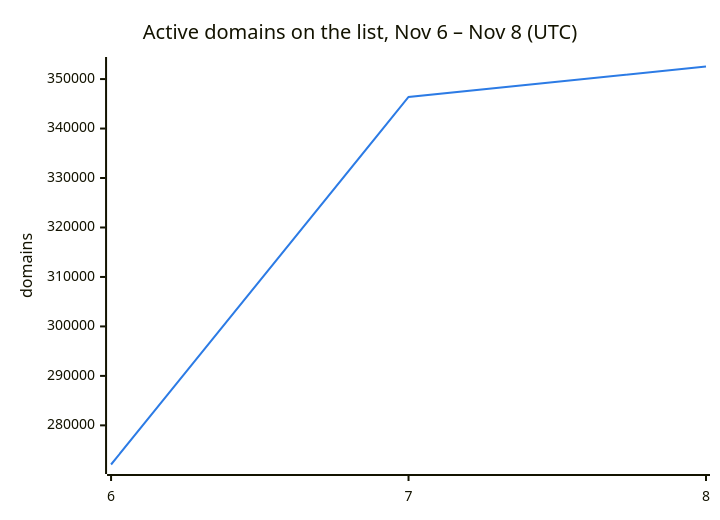
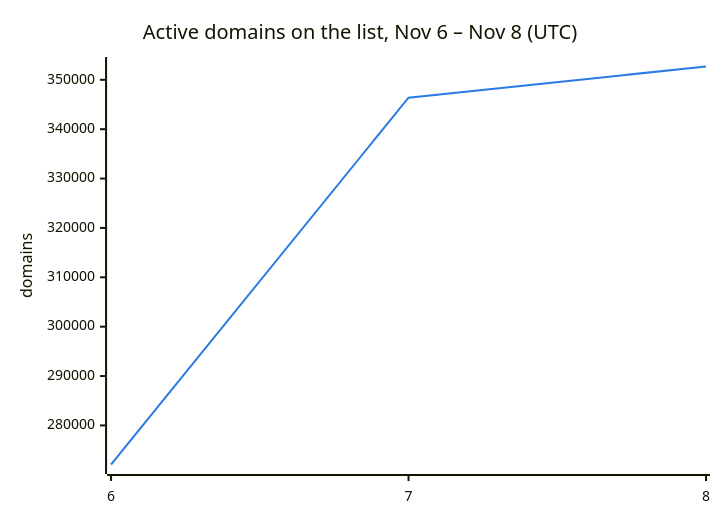
One commit to DNSBunker/CTI changed the second of 3 diagrams in README.md. Above: the diagram before and after it, drawn with Mermaid. The commit also changed other lines of this file and 3 other files, not shown here.

````diff
--- a/README.md
+++ b/README.md
@@ -38,8 +38,8 @@
 ```mermaid
 %%{init: {"themeVariables": {"xyChart": {"plotColorPalette": "#2c7be5"}}}}%%
 xychart-beta
     title "Active domains on the list, Nov 6 – Nov 8 (UTC)"
     x-axis ["6", "7", "8"]
     y-axis "domains"
-    line [272088, 346388, 352542]
+    line [272088, 346388, 352696]
 ```
````
